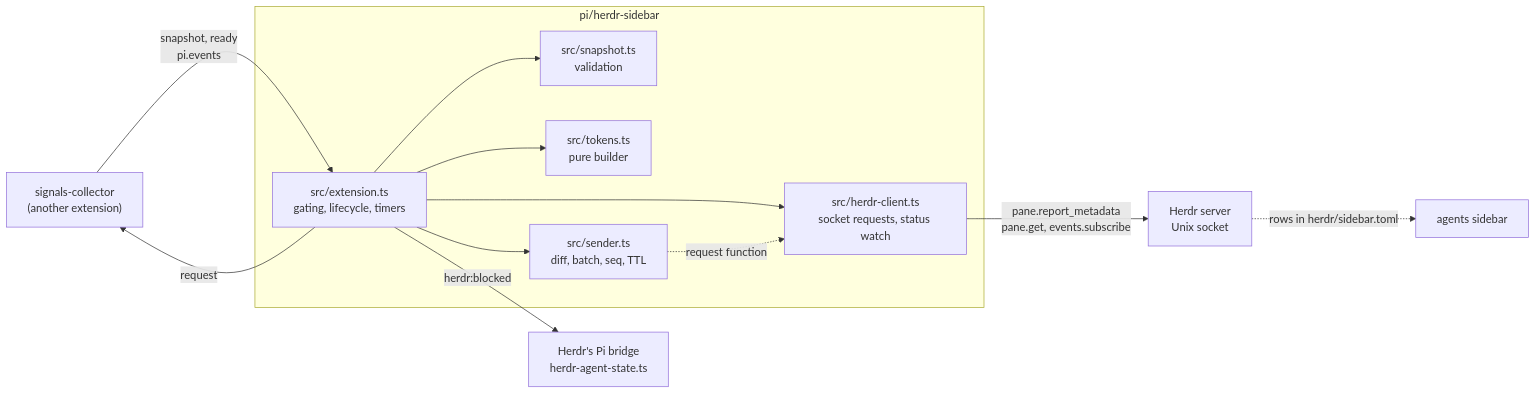
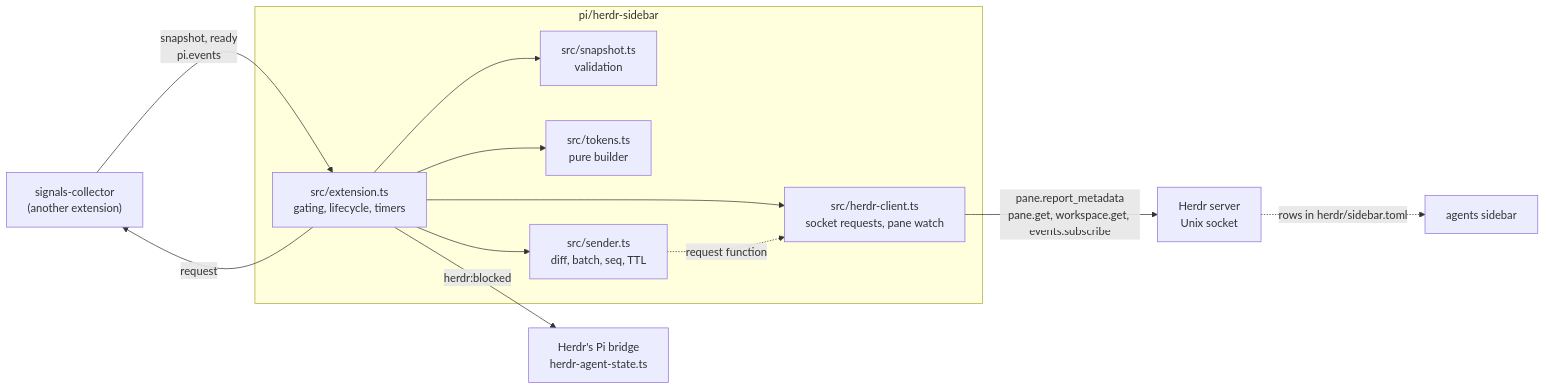
One commit to jigenator/industrial-os changed the diagram in pi/herdr-sidebar/docs/architecture.md. Above: the diagram before and after it, drawn with Mermaid. The commit also changed other lines of this file and 17 other files, not shown here.

Commit message:
fix(herdr-sidebar): qualify composition and report truthful pane state

````diff
--- a/pi/herdr-sidebar/docs/architecture.md
+++ b/pi/herdr-sidebar/docs/architecture.md
@@ -8,20 +8,20 @@
 ```mermaid
 flowchart LR
-    Collector["signals-collector<br/>(another extension)"] -- "snapshot, ready<br/>pi.events" --> Ext
+    Collector["signals-collector<br/>(another extension)"] -->|snapshot, ready<br/>pi.events| Ext
     Ext -- "request" --> Collector
     subgraph sidebar["pi/herdr-sidebar"]
         Ext["src/extension.ts<br/>gating, lifecycle, timers"]
         Snap["src/snapshot.ts<br/>validation"]
         Tokens["src/tokens.ts<br/>pure builder"]
         Sender["src/sender.ts<br/>diff, batch, seq, TTL"]
-        Client["src/herdr-client.ts<br/>socket requests, status watch"]
+        Client["src/herdr-client.ts<br/>socket requests, pane watch"]
     end
     Ext --> Snap
     Ext --> Tokens
     Ext --> Sender
     Ext --> Client
     Sender -.->|request function| Client
-    Client -- "pane.report_metadata<br/>pane.get, events.subscribe" --> Herdr["Herdr server<br/>Unix socket"]
+    Client -->|pane.report_metadata<br/>pane.get, workspace.get, events.subscribe| Herdr["Herdr server<br/>Unix socket"]
     Ext -- "herdr:blocked" --> Bridge["Herdr's Pi bridge<br/>herdr-agent-state.ts"]
-    Herdr -. "rows in herdr/sidebar.toml" .-> Sidebar["agents sidebar"]
+    Herdr -.->|rows in herdr/sidebar.toml| Sidebar["agents sidebar"]
 ```
````
